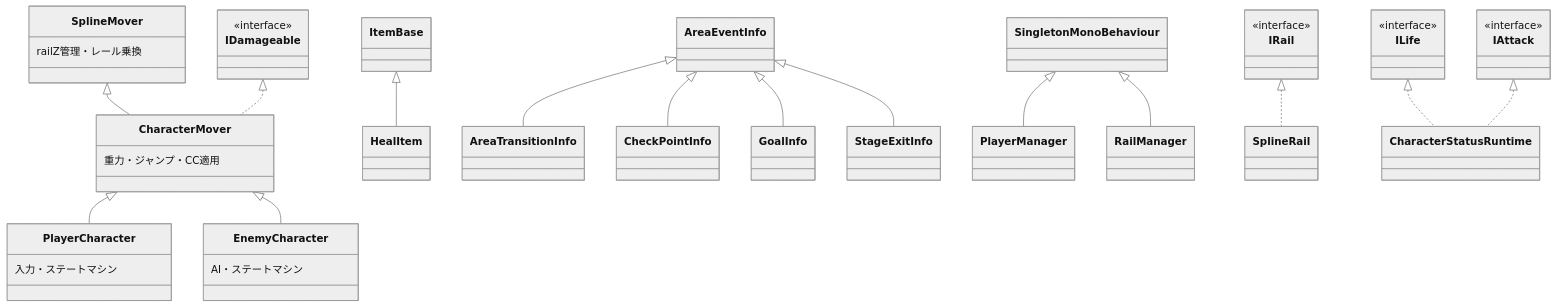
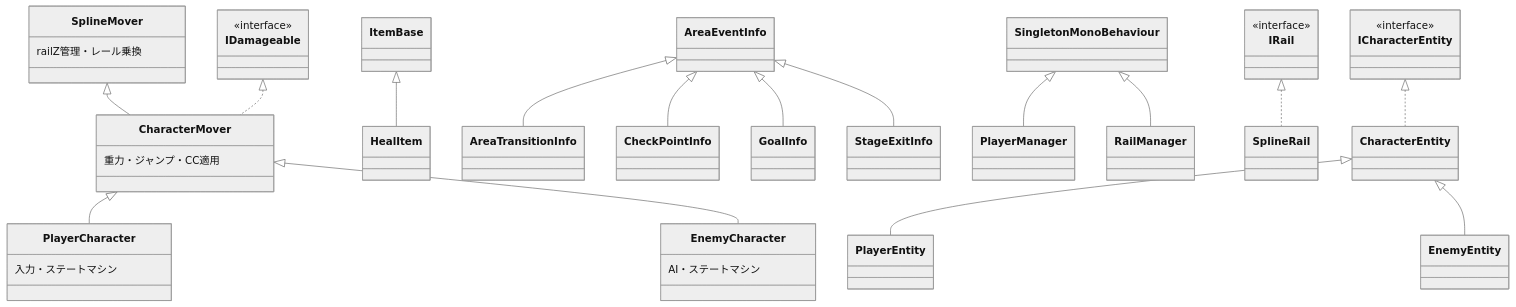
Before and after one commit to kuroichen/3DSide: the second of 2 diagrams in Docs/knowledge/クラス相関図.md, drawn with Mermaid (neutral theme). The commit also changed other lines of this file and 19 other files, not shown here.

````diff
--- a/Docs/knowledge/クラス相関図.md
+++ b/Docs/knowledge/クラス相関図.md
@@ -96,28 +98,28 @@
 ```mermaid
 classDiagram
     SplineMover <|-- CharacterMover
     CharacterMover <|-- PlayerCharacter
     CharacterMover <|-- EnemyCharacter
     ItemBase <|-- HealItem
     AreaEventInfo <|-- AreaTransitionInfo
     AreaEventInfo <|-- CheckPointInfo
     AreaEventInfo <|-- GoalInfo
     AreaEventInfo <|-- StageExitInfo
     SingletonMonoBehaviour <|-- PlayerManager
     SingletonMonoBehaviour <|-- RailManager
 
     class IRail { <<interface>> }
     class IDamageable { <<interface>> }
-    class ILife { <<interface>> }
-    class IAttack { <<interface>> }
+    class ICharacterEntity { <<interface>> }
 
     IRail <|.. SplineRail
     IDamageable <|.. CharacterMover
-    ILife <|.. CharacterStatusRuntime
-    IAttack <|.. CharacterStatusRuntime
+    ICharacterEntity <|.. CharacterEntity
+    CharacterEntity <|-- PlayerEntity
+    CharacterEntity <|-- EnemyEntity
 
     class SplineMover { railZ管理・レール乗換 }
     class CharacterMover { 重力・ジャンプ・CC適用 }
     class PlayerCharacter { 入力・ステートマシン }
     class EnemyCharacter { AI・ステートマシン }
 ```
````
